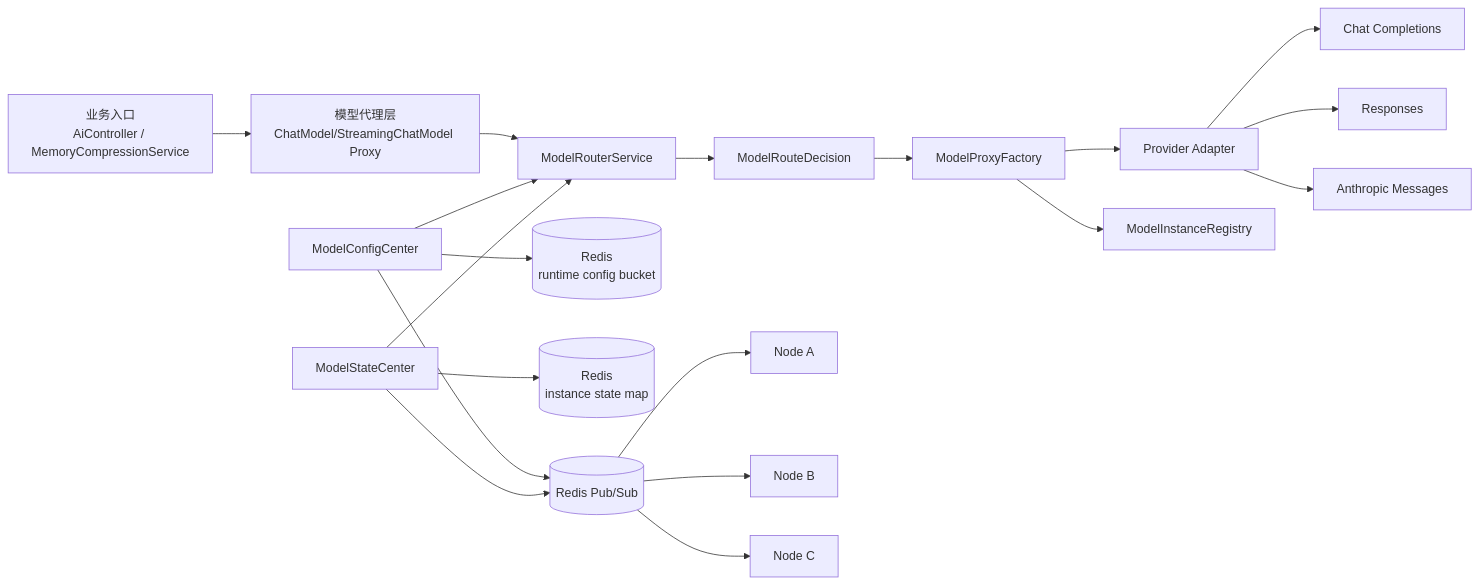
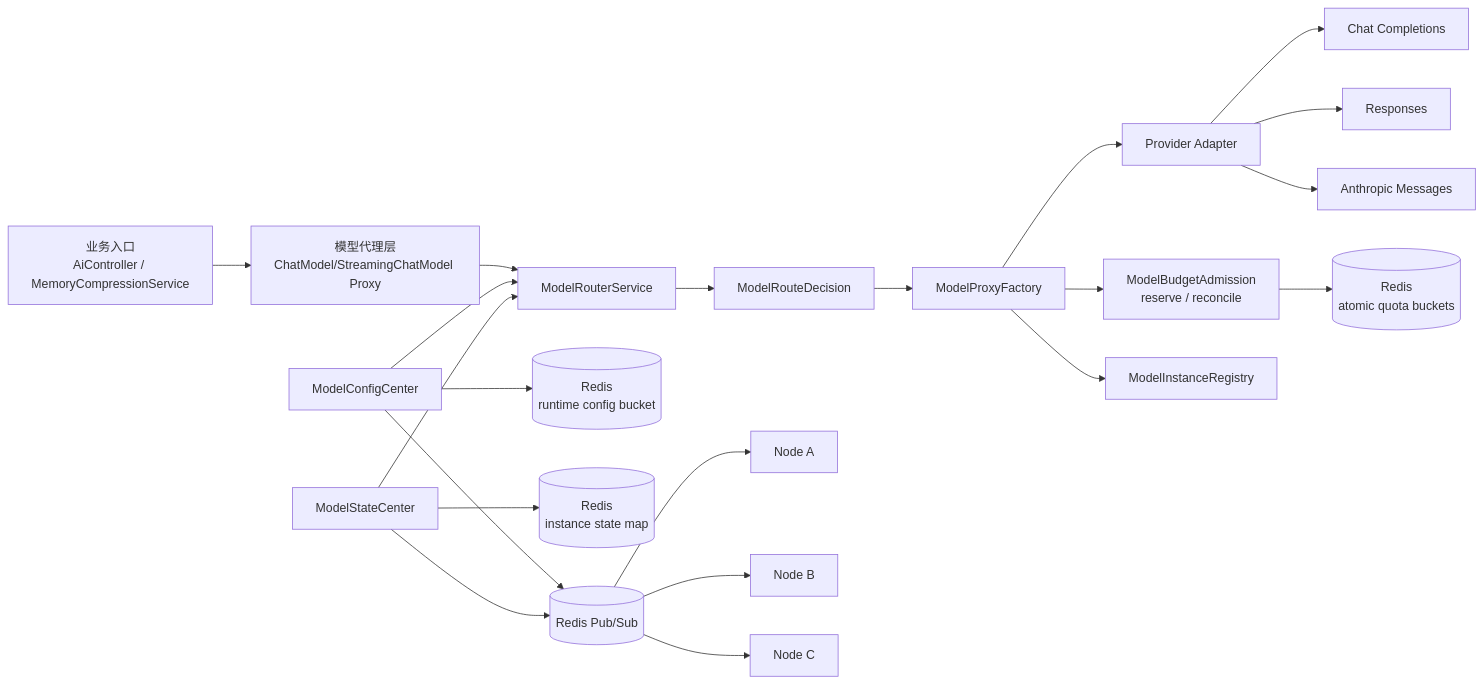
One commit to Aseubel/yusi changed the first of 2 diagrams in docs/design/model-management-framework.md. Above: the diagram before and after it, drawn with Mermaid. The commit also changed other lines of this file and 24 other files, not shown here.

````diff
--- a/docs/design/model-management-framework.md
+++ b/docs/design/model-management-framework.md
@@ -17,21 +17,23 @@
 ```mermaid
 flowchart LR
     A[业务入口<br/>AiController / MemoryCompressionService] --> B[模型代理层<br/>ChatModel/StreamingChatModel Proxy]
     B --> C[ModelRouterService]
     C --> D[ModelRouteDecision]
     D --> E[ModelProxyFactory]
     E --> F[Provider Adapter]
     F --> M1[Chat Completions]
     F --> M2[Responses]
     F --> M3[Anthropic Messages]
     Config[ModelConfigCenter] --> C
     Config --> R1[(Redis<br/>runtime config bucket)]
     State[ModelStateCenter] --> C
     State --> R2[(Redis<br/>instance state map)]
     Config --> P[(Redis Pub/Sub)]
     State --> P
+    E --> Budget[ModelBudgetAdmission<br/>reserve / reconcile]
+    Budget --> R3[(Redis<br/>atomic quota buckets)]
     P --> N1[Node A]
     P --> N2[Node B]
     P --> N3[Node C]
     E --> Registry[ModelInstanceRegistry]
 ```
````
